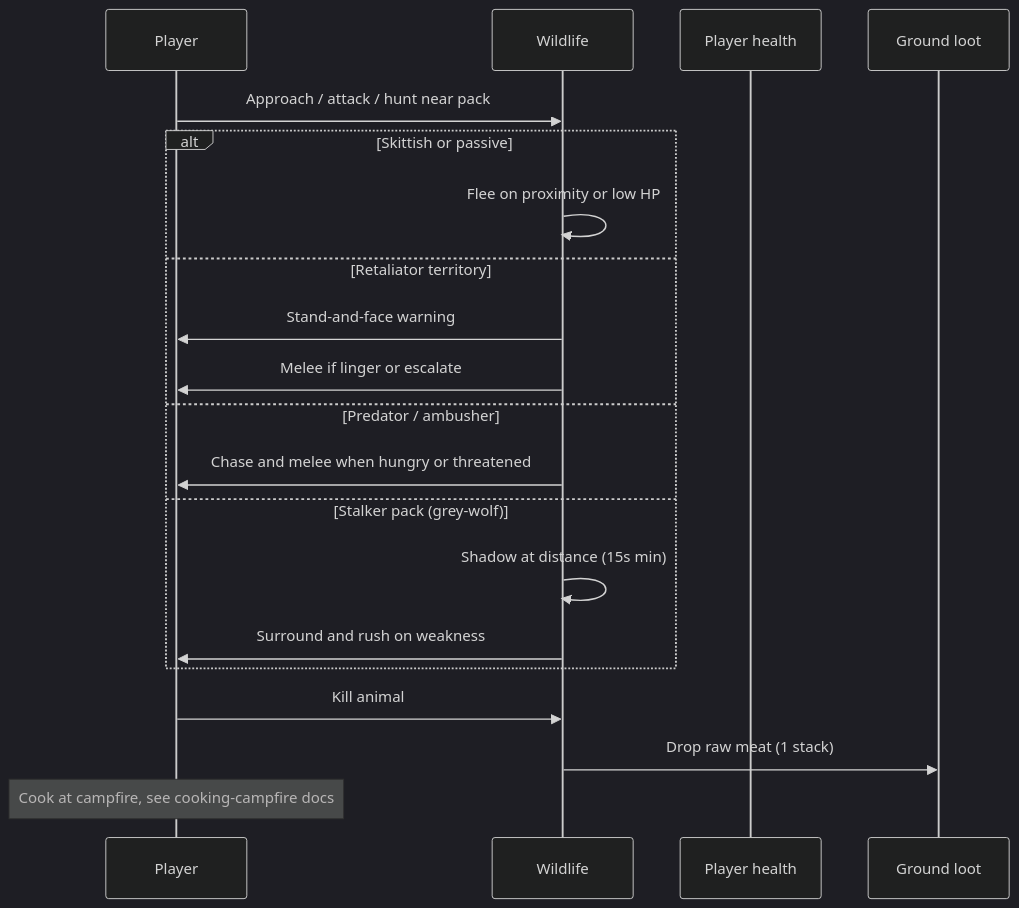
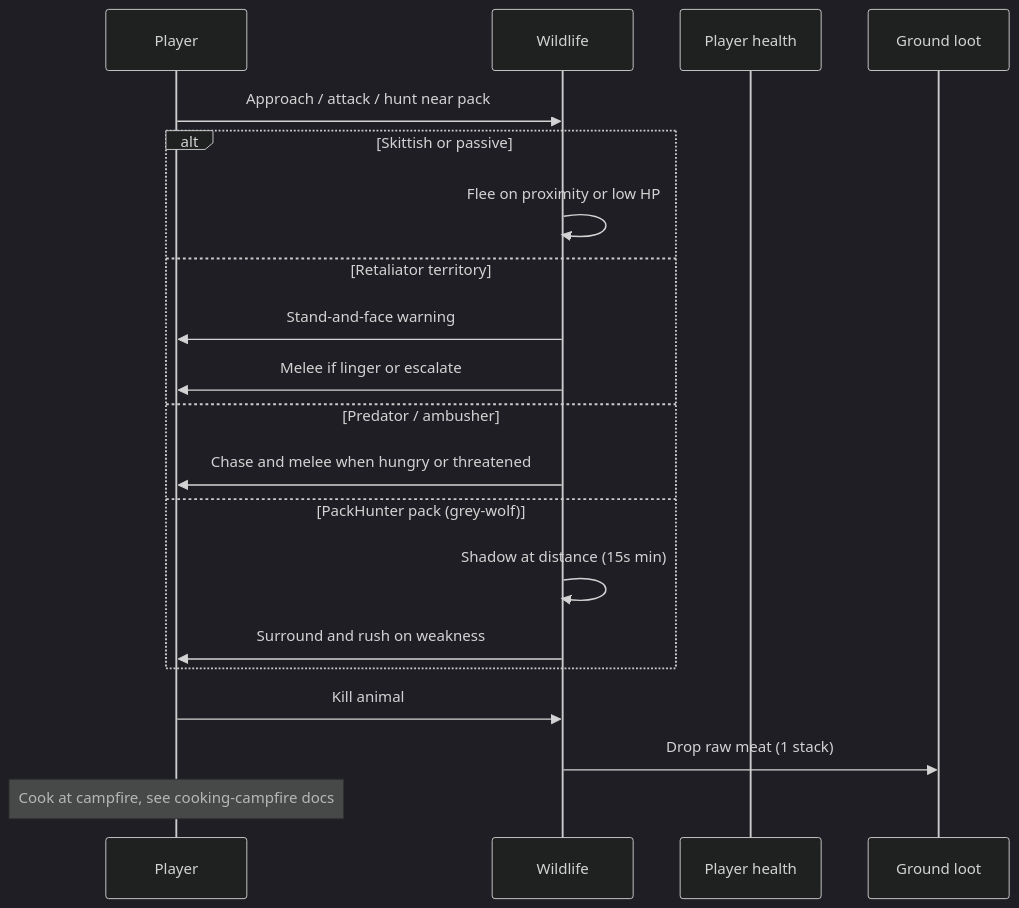
One commit to Jayrr-Dev/reigncraft changed the first of 4 diagrams in gameplay/mechanics/wildlife/mechanics.md. Above: the diagram before and after it, drawn with Mermaid (dark theme). The commit also changed other lines of this file and 326 other files, not shown here.

````diff
--- a/gameplay/mechanics/wildlife/mechanics.md
+++ b/gameplay/mechanics/wildlife/mechanics.md
@@ -7,24 +7,24 @@
 ```mermaid
 sequenceDiagram
   participant P as Player
   participant W as Wildlife
   participant HP as Player health
   participant Loot as Ground loot
 
   P->>W: Approach / attack / hunt near pack
   alt Skittish or passive
     W->>W: Flee on proximity or low HP
   else Retaliator territory
     W->>P: Stand-and-face warning
     W->>P: Melee if linger or escalate
   else Predator / ambusher
     W->>P: Chase and melee when hungry or threatened
-  else Stalker pack (grey-wolf)
+  else PackHunter pack (grey-wolf)
     W->>W: Shadow at distance (15s min)
     W->>P: Surround and rush on weakness
   end
 
   P->>W: Kill animal
   W->>Loot: Drop raw meat (1 stack)
   Note over P: Cook at campfire, see cooking-campfire docs
 ```
````
